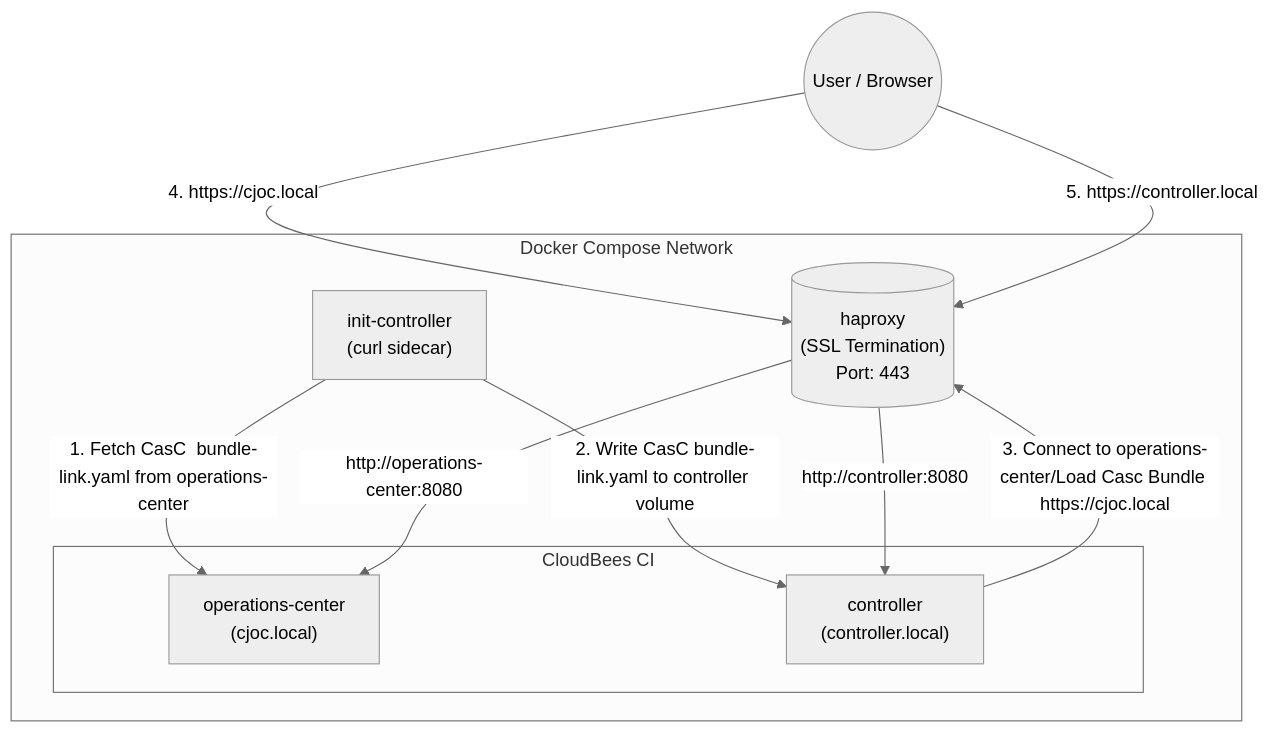
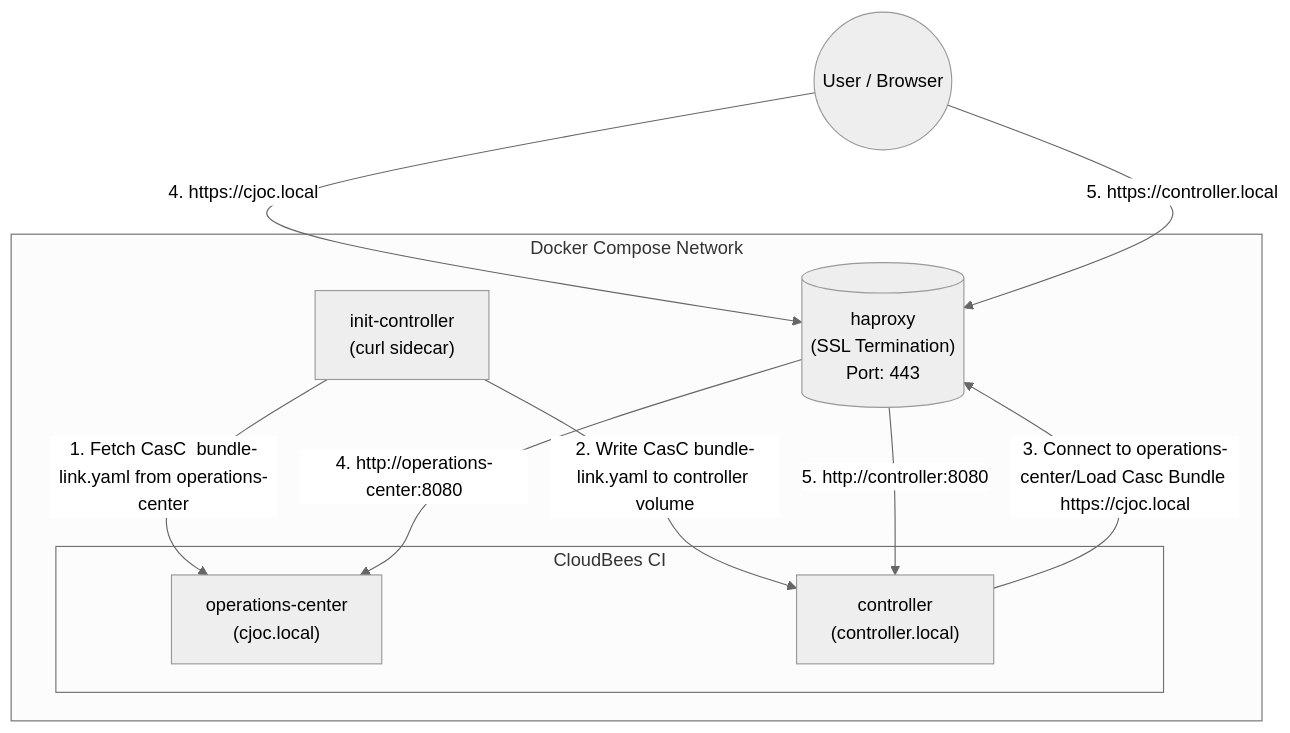
One commit to cb-ci/ci-traditional changed the first of 2 diagrams in README.md. Above: the diagram before and after it, drawn with Mermaid (neutral theme).

````diff
--- a/README.md
+++ b/README.md
@@ -23,26 +23,26 @@
 ```mermaid
 graph TD
     User((User / Browser))
     subgraph "Docker Compose Network"
         HAProxy[("haproxy
         (SSL Termination)
         Port: 443")]
         
         subgraph "CloudBees CI"
             CJOC["operations-center
             (cjoc.local)"]
             Controller["controller
             (controller.local)"]
         end
         
         Init["init-controller
         (curl sidecar)"]       
     end    
     
     Init -- "1. Fetch CasC  bundle-link.yaml from operations-center" --> CJOC
     Init -- "2. Write CasC bundle-link.yaml to controller volume" --> Controller
     Controller -- "3. Connect to operations-center/Load Casc Bundle https://cjoc.local" --> HAProxy
 
-    User -- "4. https://cjoc.local" --> HAProxy -- "http://operations-center:8080" --> CJOC
-    User -- "5. https://controller.local" --> HAProxy -- "http://controller:8080" --> Controller
+    User -- "4. https://cjoc.local" --> HAProxy -- "4. http://operations-center:8080" --> CJOC
+    User -- "5. https://controller.local" --> HAProxy -- "5. http://controller:8080" --> Controller
 ```
````
